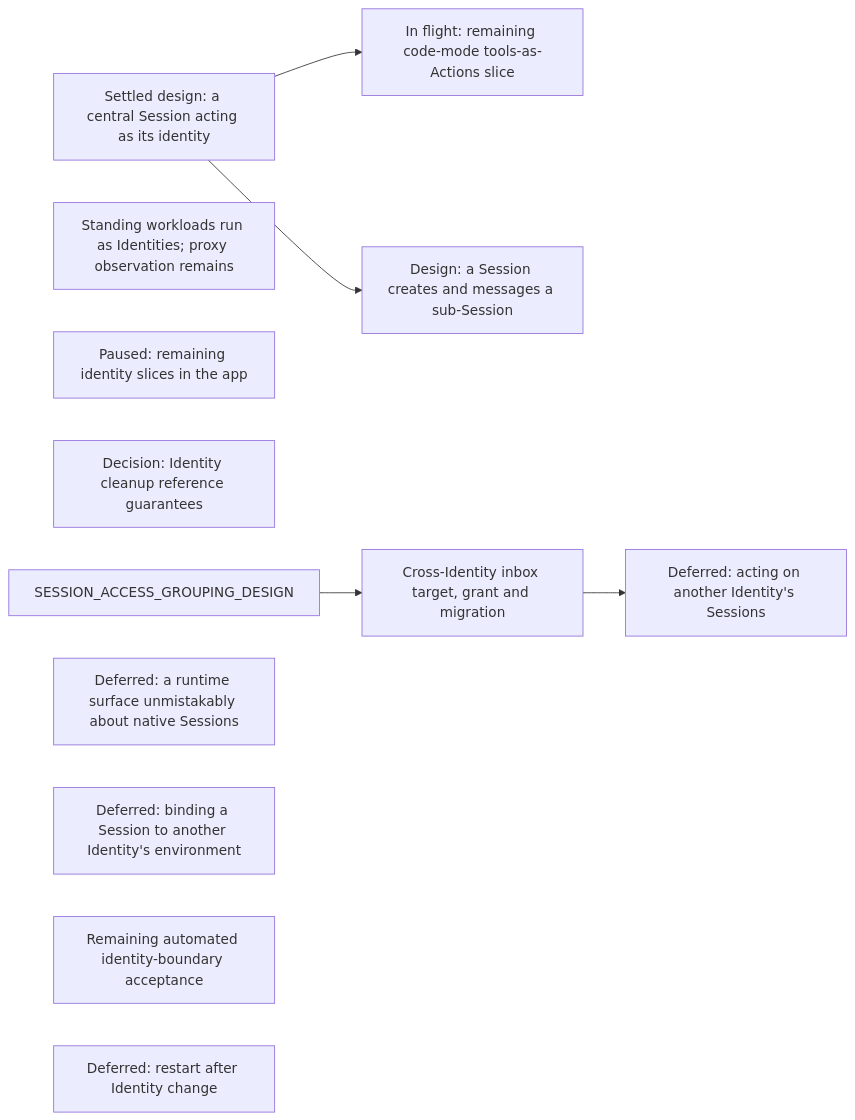
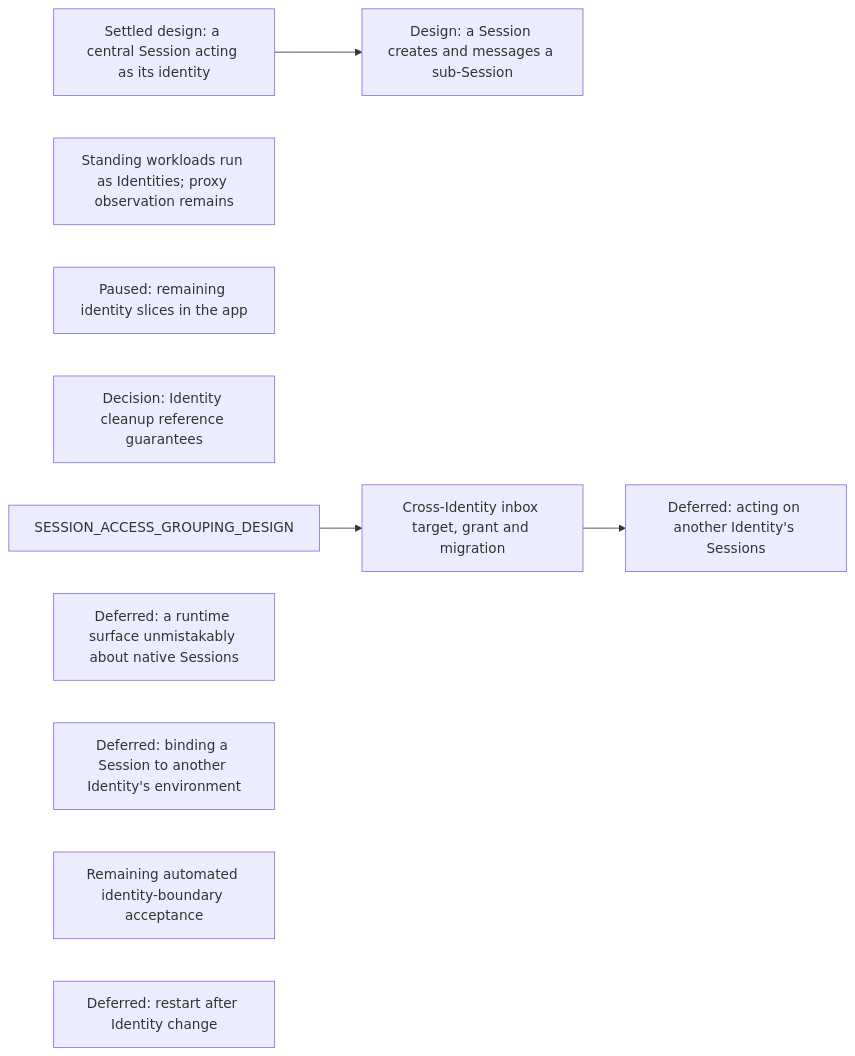
Diagram 18 of 21 in agentplane/plans/task_dag.md (agentydragon/ducktape), drawn with Mermaid before and after one commit. The commit also changed other lines of this file and 7 other files, not shown here.

````diff
--- a/agentplane/plans/task_dag.md
+++ b/agentplane/plans/task_dag.md
@@ -3403,17 +3370,15 @@
 ```mermaid
 flowchart LR
     CENTRAL_SESSION_ACTING_DESIGN[Settled design: a central Session acting as its identity]
-    CENTRAL_SESSION_DELEGATED_ACTING[In flight: remaining code-mode tools-as-Actions slice]
-    CENTRAL_SESSION_ACTING_DESIGN --> CENTRAL_SESSION_DELEGATED_ACTING
     STANDING_WORKLOAD_IDENTITY[Standing workloads run as Identities; proxy observation remains]
     APP_IDENTITIES_UI[Paused: remaining identity slices in the app]
     IDENTITY_CLEANUP_REFERENCE_DECISION[Decision: Identity cleanup reference guarantees]
     SESSION_SUBAGENT_DELEGATION[Design: a Session creates and messages a sub-Session]
     CENTRAL_SESSION_ACTING_DESIGN --> SESSION_SUBAGENT_DELEGATION
     SESSION_ACCESS_GROUPING_DESIGN --> SESSION_IDENTITY_AUTHZ[Cross-Identity inbox target, grant and migration]
     SESSION_IDENTITY_AUTHZ --> SESSION_CROSS_IDENTITY_AUTHORITY[Deferred: acting on another Identity's Sessions]
     ENVIRONMENT_RUNTIME_NATIVE_SURFACE[Deferred: a runtime surface unmistakably about native Sessions]
     CROSS_IDENTITY_SESSION_BINDING[Deferred: binding a Session to another Identity's environment]
     IDENTITY_SYSTEM_TESTS[Remaining automated identity-boundary acceptance]
     SANDBOX_IDENTITY_CHANGE_CHECKPOINT[Deferred: restart after Identity change]
 ```
````
